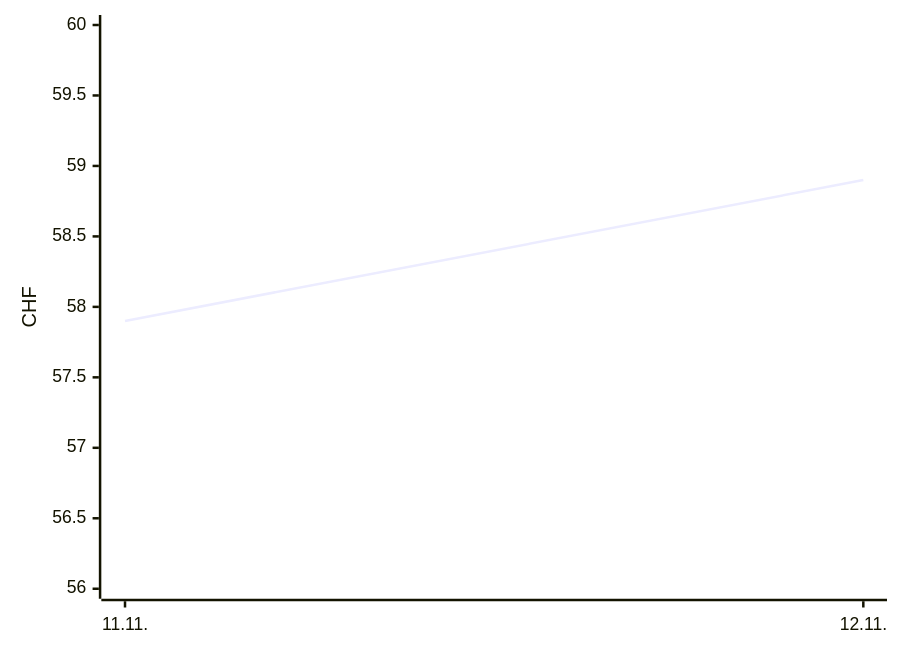
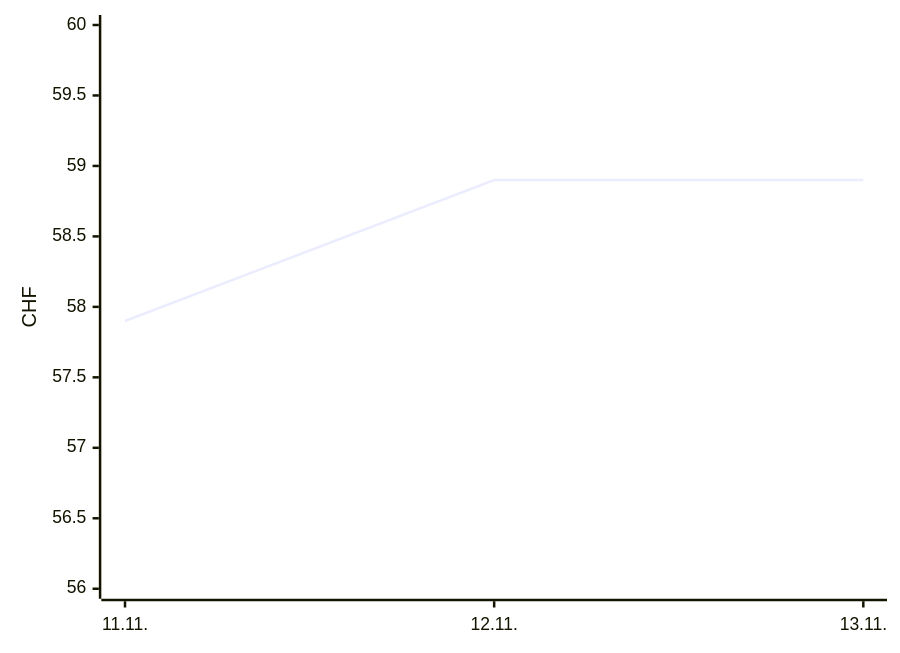
Before and after one commit to Akira2828/my-Galaxus-MCP: the second of 2 diagrams in README.md, drawn with Mermaid. The commit also changed other lines of this file and 1 other file, not shown here.

````diff
--- a/README.md
+++ b/README.md
@@ -25,6 +25,6 @@
 ```mermaid
 xychart-beta
-  x-axis ["11.11.", "12.11."]
+  x-axis ["11.11.", "12.11.", "13.11."]
   y-axis "CHF" 56 --> 60
-  line [57.9, 58.9]
+  line [57.9, 58.9, 58.9]
 ```
````
